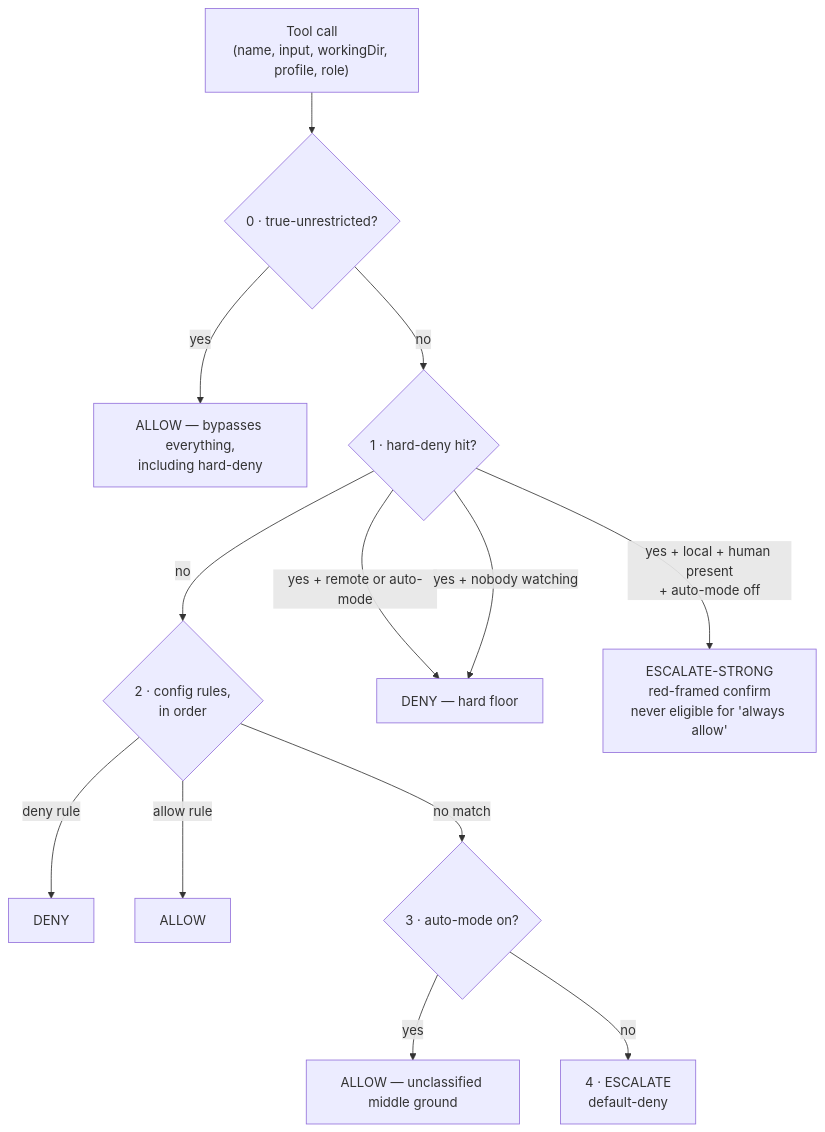
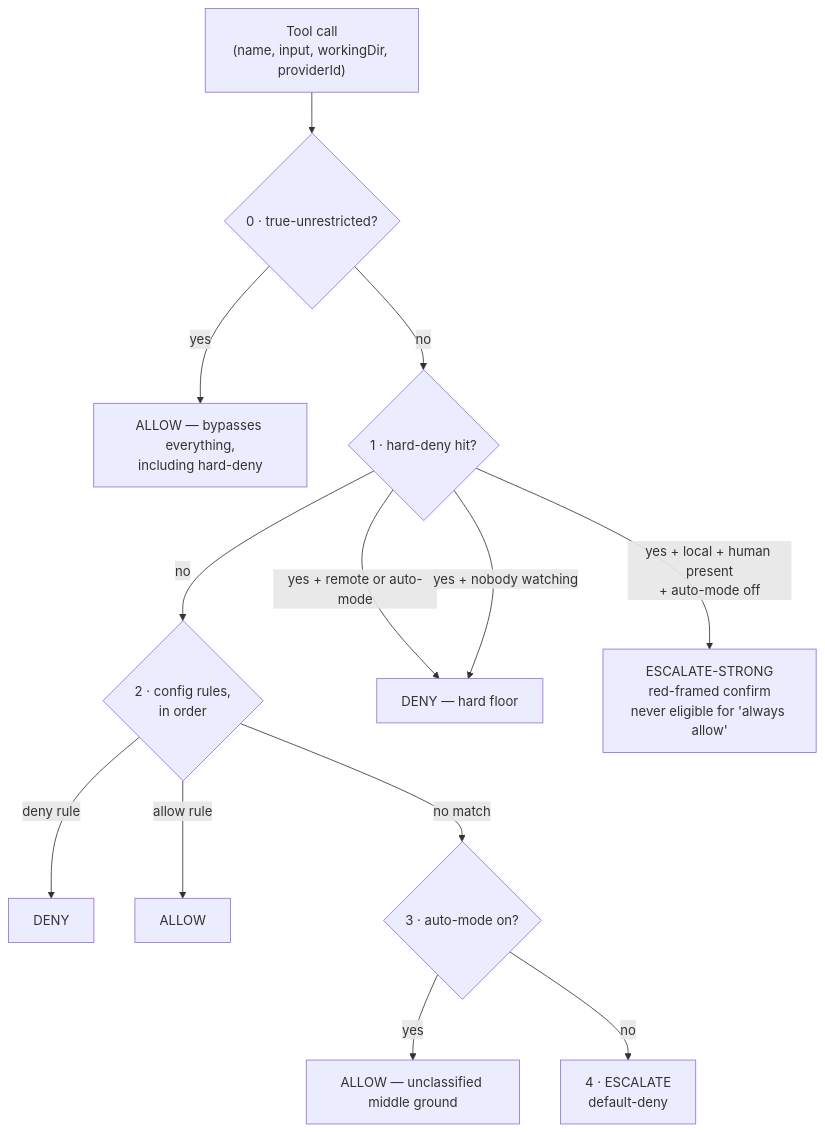
Before and after one commit to xing-101729/deskmony: the first of 2 diagrams in README.md, drawn with Mermaid. The commit also changed other lines of this file and 10 other files, not shown here.

````diff
--- a/README.md
+++ b/README.md
@@ -51,15 +51,15 @@
 ```mermaid
 flowchart TB
-    Req["Tool call<br/>(name, input, workingDir, profile, role)"] --> TU{"0 · true-unrestricted?"}
+    Req["Tool call<br/>(name, input, workingDir, providerId)"] --> TU{"0 · true-unrestricted?"}
     TU -- yes --> Allow0["ALLOW — bypasses everything,<br/>including hard-deny"]
     TU -- no --> HD{"1 · hard-deny hit?"}
     HD -- no --> Rules{"2 · config rules,<br/>in order"}
     HD -- "yes + remote or auto-mode" --> Deny["DENY — hard floor"]
     HD -- "yes + local + human present<br/>+ auto-mode off" --> Strong["ESCALATE-STRONG<br/>red-framed confirm<br/>never eligible for 'always allow'"]
     HD -- "yes + nobody watching" --> Deny
     Rules -- "deny rule" --> Deny2["DENY"]
     Rules -- "allow rule" --> Allow["ALLOW"]
     Rules -- "no match" --> Auto{"3 · auto-mode on?"}
     Auto -- yes --> Allow2["ALLOW — unclassified middle ground"]
     Auto -- no --> Esc["4 · ESCALATE<br/>default-deny"]
 ```
````
